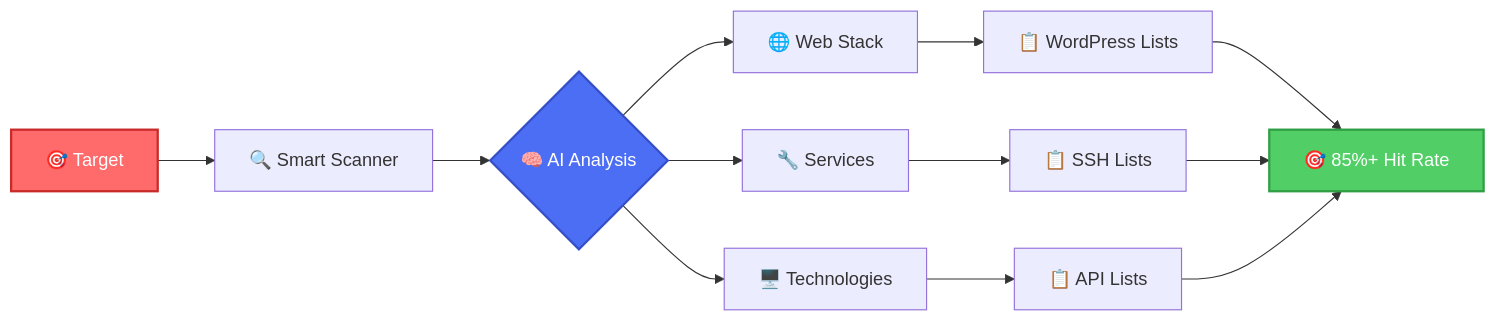
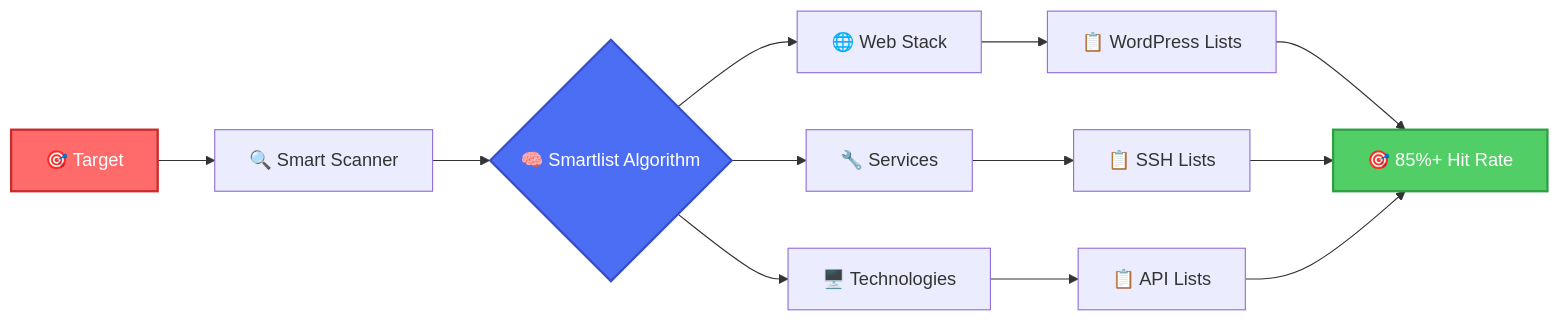
Before and after one commit to neur0map/ipcrawler: the diagram in README.md, drawn with Mermaid.

````diff
--- a/README.md
+++ b/README.md
@@ -112,18 +112,18 @@
 ```mermaid
 graph LR
     A[🎯 Target] --> B[🔍 Smart Scanner]
-    B --> C{🧠 AI Analysis}
+    B --> C{🧠 Smartlist Algorithm}
     C --> D[🌐 Web Stack]
     C --> E[🔧 Services]
     C --> F[🖥️ Technologies]
     D --> G[📋 WordPress Lists]
     E --> H[📋 SSH Lists]
     F --> I[📋 API Lists]
     G --> J[🎯 85%+ Hit Rate]
     H --> J
     I --> J
     
     style A fill:#ff6b6b,stroke:#c92a2a,stroke-width:2px,color:#fff
     style C fill:#4c6ef5,stroke:#364fc7,stroke-width:2px,color:#fff
     style J fill:#51cf66,stroke:#2f9e44,stroke-width:2px,color:#fff
 ```
````
